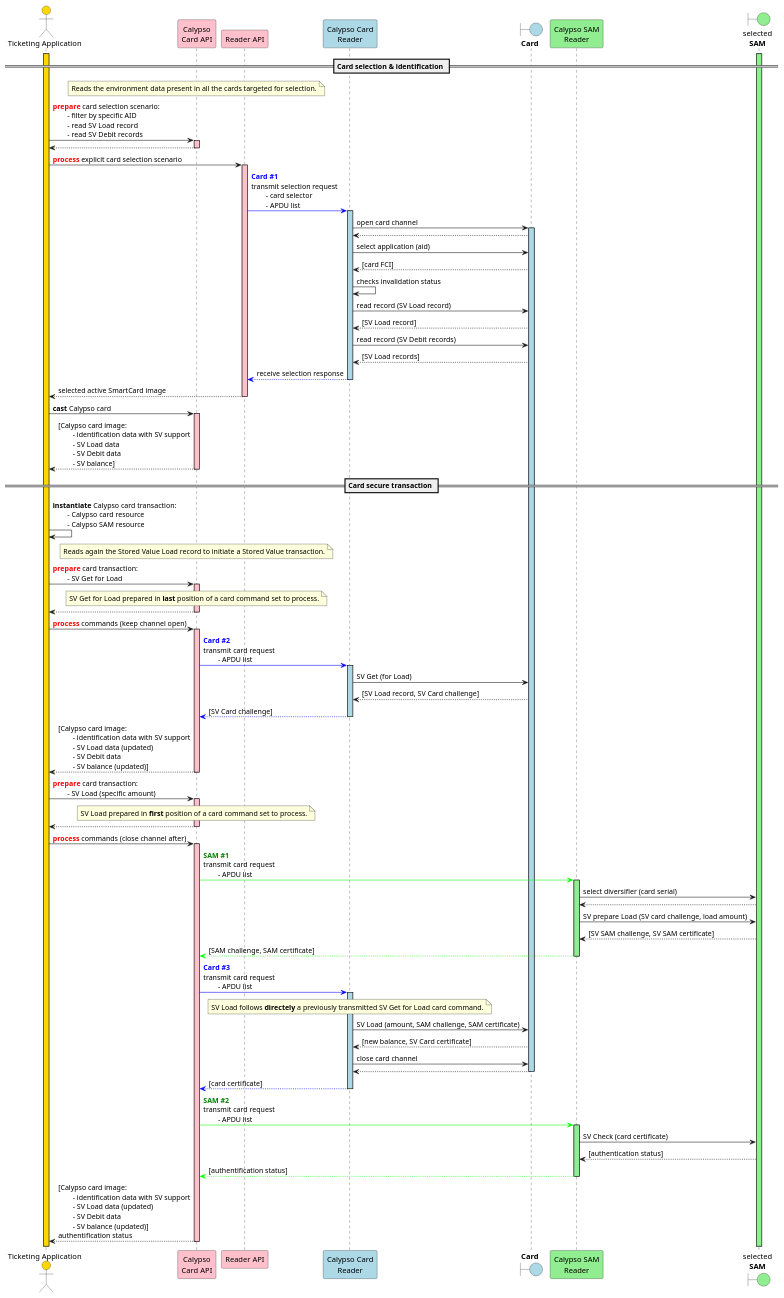
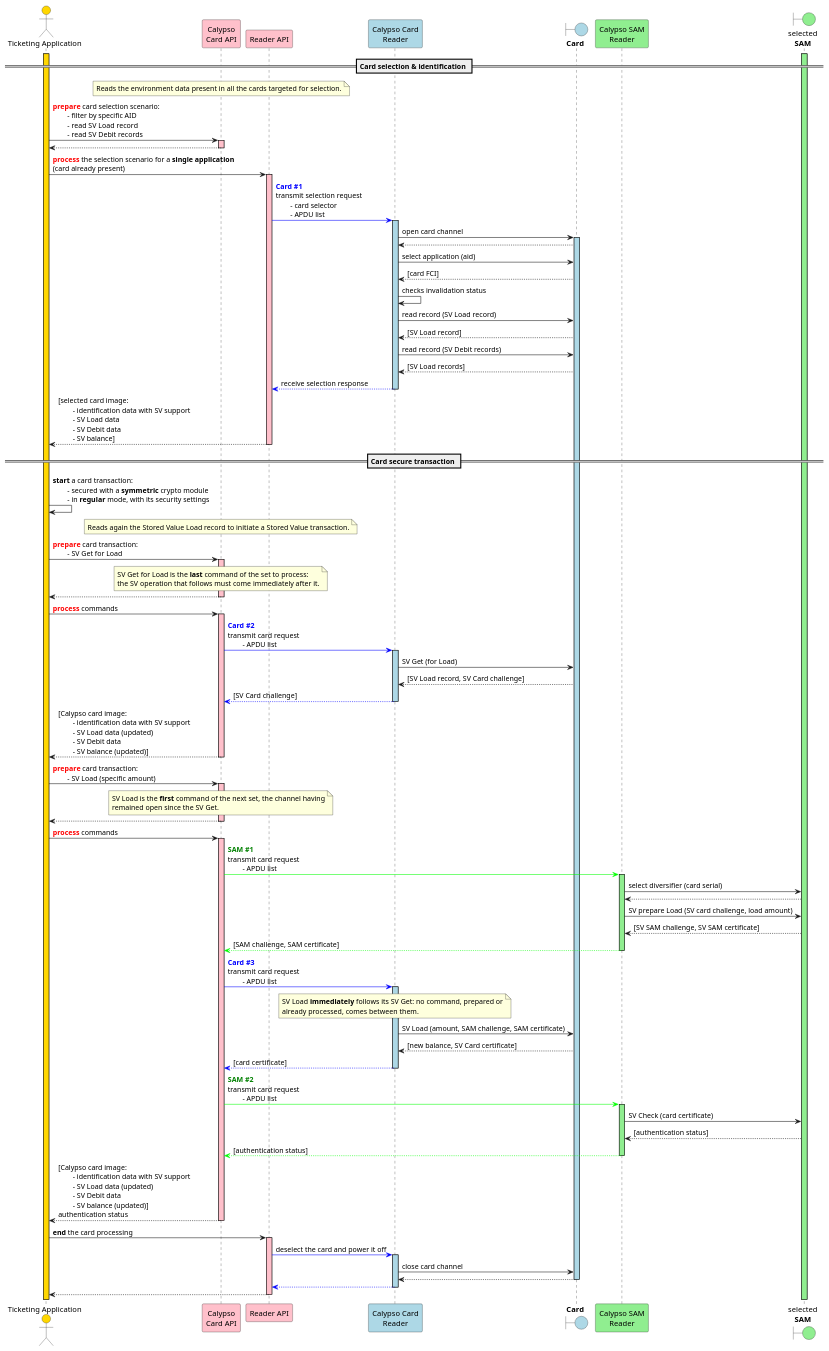
One commit to calypsonet/calypsonet-terminal-api-website changed the diagram in static/media/specifications/calypso_transaction_standalone_SV_operation_sequence_diagram.puml. Above: the diagram before and after it, drawn with PlantUML. The commit also changed 39 other files, not shown here.

Commit message:
docs: enhance UML diagrams and documentation for clarity and consistency (#18)

```diff
--- a/static/media/specifications/calypso_transaction_standalone_SV_operation_sequence_diagram.puml
+++ b/static/media/specifications/calypso_transaction_standalone_SV_operation_sequence_diagram.puml
@@ -1,177 +1,184 @@
 @startuml
 
 'skinparam ClassBorderColor #F1C40F
 skinparam ClassBorderColor #D4AC0D
 skinparam stereotypeABorderColor #A9DCDF
 skinparam stereotypeIBorderColor #B4A7E5
 skinparam stereotypeCBorderColor #ADD1B2
 skinparam stereotypeEBorderColor #EB93DF
 skinparam shadowing false
 
 skinparam StateBorderColor #D4AC0D
 skinparam ActivityBorderColor #D4AC0D
 
 ' Red
 skinparam ClassBackgroundColor<<red>> #FDEDEC
 skinparam ClassBorderColor<<red>> #E74C3C
 hide <<red>> stereotype
 ' Purple
 skinparam ClassBackgroundColor<<purple>> #F4ECF7
 skinparam ClassBorderColor<<purple>> #8E44AD
 hide <<purple>> stereotype
 ' blue
 skinparam ClassBackgroundColor<<blue>> #EBF5FB
 skinparam ClassBorderColor<<blue>> #3498DB
 hide <<blue>> stereotype
 ' Green
 skinparam ClassBackgroundColor<<green>> #EAFAF1
 skinparam ClassBorderColor<<green>> #2ECC71
 hide <<green>> stereotype
 
 ' Orange
 skinparam ClassBackgroundColor<<orange>> #FDF2E9
 skinparam ClassBorderColor<<orange>> #E67E22
 hide <<orange>> stereotype
 
 ' Grey
 skinparam ClassBackgroundColor<<grey>> #EAECEE
 skinparam ClassBorderColor<<grey>> #2C3E50
 hide <<grey>> stereotype
 
 actor "Ticketing Application" as app #gold
 participant "Calypso\nCard API" as capi #pink
 participant "Reader API" as rapi #pink
 participant "Calypso Card\nReader" as cardReader #lightBlue
 boundary "**Card**" as card #lightBlue
 participant "Calypso SAM\nReader" as samReader #lightGreen
 boundary "selected\n**SAM**" as sam #lightGreen
 
 activate app #gold
 activate sam #lightGreen
 
 == Card selection & identification ==
 
 note over capi
     Reads the environment data present in all the cards targeted for selection.
 end note
 
 app->capi: <font color=red>**prepare**</font> card selection scenario:\n\t- filter by specific AID\n\t- read SV Load record\n\t- read SV Debit records
 activate capi  #pink
 capi-->app
 deactivate capi
 
-app->rapi: <font color=red>**process**</font> explicit card selection scenario
+app->rapi: <font color=red>**process**</font> the selection scenario for a **single application**\n(card already present)
 activate rapi  #pink
 rapi-[#0000FF]>cardReader: <font color=blue>**Card #1**</font>\ntransmit selection request\n\t- card selector\n\t- APDU list
 activate cardReader #lightBlue
 
 cardReader->card: open card channel
 activate card #lightBlue
 card-->cardReader
 cardReader->card: select application (aid)
 card-->cardReader: [card FCI]
 cardReader->cardReader: checks invalidation status
 
 'group Card APDU commands outside secure session
     cardReader->card: read record (SV Load record)
     card-->cardReader: [SV Load record]
     cardReader->card: read record (SV Debit records)
     card-->cardReader: [SV Load records]
 'end
 
 cardReader--[#0000FF]>rapi: receive selection response
 deactivate cardReader
 
-rapi-->app: selected active SmartCard image
+rapi-->app: [selected card image:\n\t- identification data with SV support\n\t- SV Load data\n\t- SV Debit data\n\t- SV balance]
 deactivate rapi
-
-app->capi: **cast** Calypso card
-activate capi  #pink
-capi-->app: [Calypso card image:\n\t- identification data with SV support\n\t- SV Load data\n\t- SV Debit data\n\t- SV balance]
-
-deactivate capi
 
 == Card secure transaction ==
 
-app->app: **instantiate** Calypso card transaction:\n\t- Calypso card resource\n\t- Calypso SAM resource
+app->app: **start** a card transaction:\n\t- secured with a **symmetric** crypto module\n\t- in **regular** mode, with its security settings
 
 note over capi
     Reads again the Stored Value Load record to initiate a Stored Value transaction.
 end note
 
 app->capi: <font color=red>**prepare**</font> card transaction:\n\t- SV Get for Load
 activate capi  #pink
 note over capi
-    SV Get for Load prepared in **last** position of a card command set to process.
+    SV Get for Load is the **last** command of the set to process:
+    the SV operation that follows must come immediately after it.
 end note
 capi-->app
 deactivate capi
 
-app->capi: <font color=red>**process**</font> commands (keep channel open)
+app->capi: <font color=red>**process**</font> commands
 activate capi  #pink
 
 capi-[#0000FF]>cardReader: <font color=blue>**Card #2**</font>\ntransmit card request\n\t- APDU list
 activate cardReader #lightBlue
 
 'group Card APDU commands inside session
     cardReader->card: SV Get (for Load)
     card-->cardReader: [SV Load record, SV Card challenge]
 'end
 
 cardReader--[#0000FF]>capi: [SV Card challenge]
 deactivate cardReader
 
 capi-->app: [Calypso card image:\n\t- identification data with SV support\n\t- SV Load data (updated)\n\t- SV Debit data\n\t- SV balance (updated)]
 deactivate capi
 
 app->capi: <font color=red>**prepare**</font> card transaction:\n\t- SV Load (specific amount)
 activate capi  #pink
 note over capi
-    SV Load prepared in **first** position of a card command set to process.
+    SV Load is the **first** command of the next set, the channel having
+    remained open since the SV Get.
 end note
 capi-->app
 deactivate capi
 
-app->capi: <font color=red>**process**</font> commands (close channel after)
+app->capi: <font color=red>**process**</font> commands
 activate capi  #pink
 
 capi-[#00FF00]>samReader: <font color=green>**SAM #1**</font>\ntransmit card request\n\t- APDU list
 activate samReader #lightGreen
 
 samReader->sam: select diversifier (card serial)
 sam-->samReader
 samReader->sam: SV prepare Load (SV card challenge, load amount)
 sam-->samReader: [SV SAM challenge, SV SAM certificate]
 
 samReader-[#00FF00]->capi: [SAM challenge, SAM certificate]
 deactivate samReader
 
 capi-[#0000FF]>cardReader: <font color=blue>**Card #3**</font>\ntransmit card request\n\t- APDU list
 activate cardReader #lightBlue
 
 'group Card APDU commands inside session
 note over cardReader
-    SV Load follows **directely** a previously transmitted SV Get for Load card command.
+    SV Load **immediately** follows its SV Get: no command, prepared or
+    already processed, comes between them.
 end note
     cardReader->card: SV Load (amount, SAM challenge, SAM certificate)
     card-->cardReader: [new balance, SV Card certificate]
 'end
 
-cardReader->card: close card channel
-card-->cardReader
-deactivate card
 
 cardReader-[#0000FF]->capi: [card certificate]
 deactivate cardReader
 
 capi-[#00FF00]>samReader: <font color=green>**SAM #2**</font>\ntransmit card request\n\t- APDU list
 activate samReader #lightGreen
 samReader->sam: SV Check (card certificate)
 sam-->samReader: [authentication status]
 
-samReader-[#00FF00]->capi: [authentification status]
+samReader-[#00FF00]->capi: [authentication status]
 deactivate samReader
 
-capi-->app: [Calypso card image:\n\t- identification data with SV support\n\t- SV Load data (updated)\n\t- SV Debit data\n\t- SV balance (updated)]\nauthentification status
+capi-->app: [Calypso card image:\n\t- identification data with SV support\n\t- SV Load data (updated)\n\t- SV Debit data\n\t- SV balance (updated)]\nauthentication status
 deactivate capi
+
+app->rapi: **end** the card processing
+activate rapi  #pink
+rapi-[#0000FF]>cardReader: deselect the card and power it off
+activate cardReader #lightBlue
+cardReader->card: close card channel
+card-->cardReader
+deactivate card
+cardReader--[#0000FF]>rapi
+deactivate cardReader
+rapi-->app
+deactivate rapi
+
 @enduml
```
